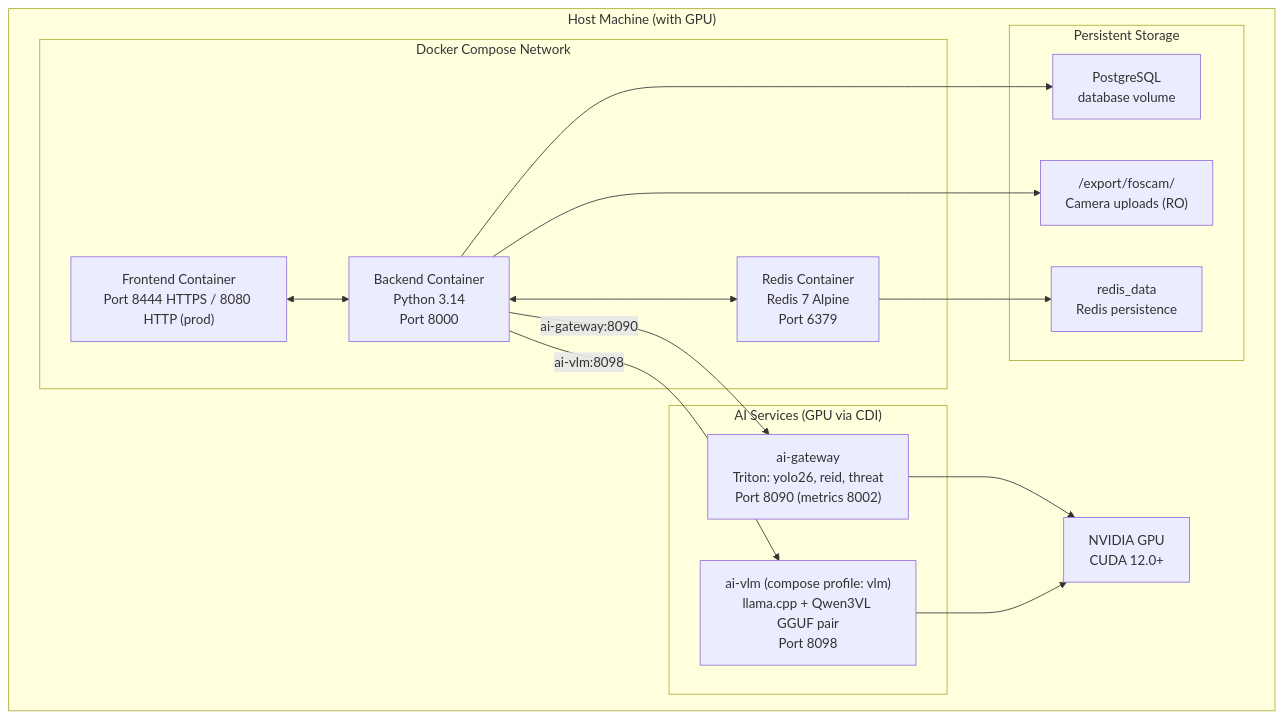
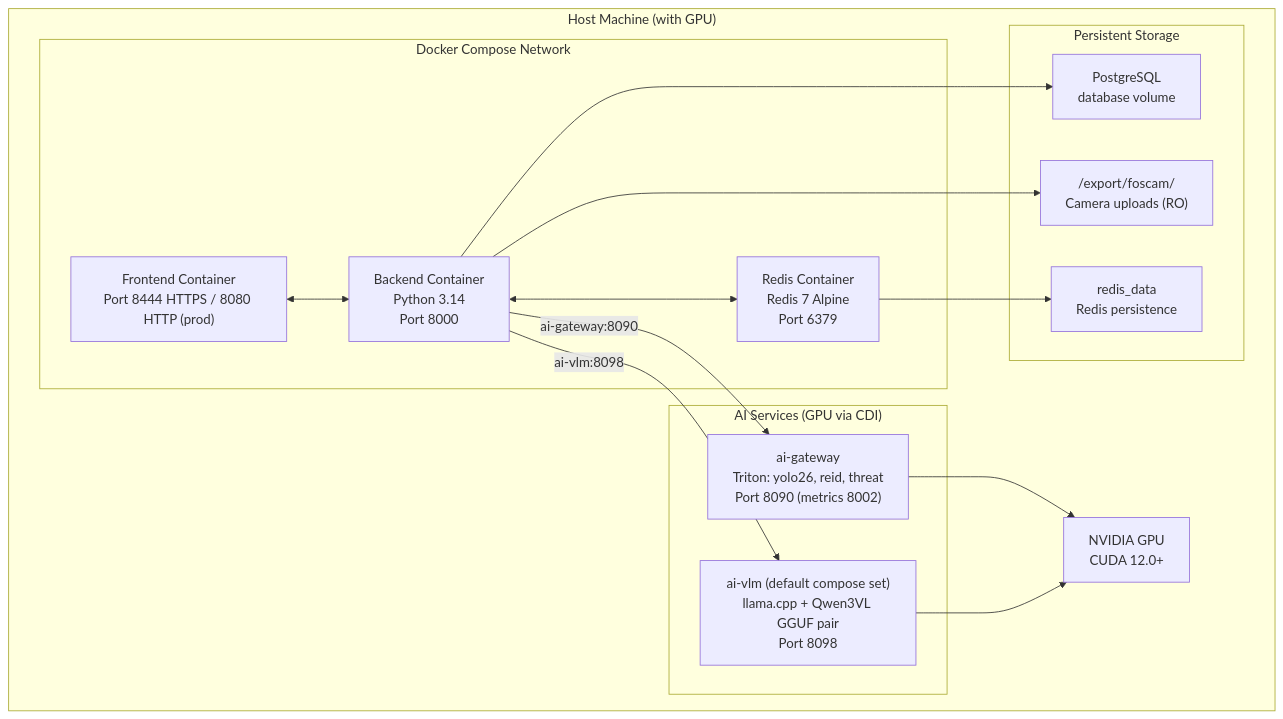
The second of 5 diagrams in docs/architecture/overview.md (mikesvoboda/nemotron-v3-home-security-intelligence), drawn with Mermaid before and after one commit. The commit also changed other lines of this file and 56 other files, not shown here.

````diff
--- a/docs/architecture/overview.md
+++ b/docs/architecture/overview.md
@@ -336,34 +336,34 @@
 ```mermaid
 flowchart TB
     subgraph Host["Host Machine (with GPU)"]
         subgraph Docker["Docker Compose Network"]
             FE["Frontend Container<br/>Port 8444 HTTPS / 8080 HTTP (prod)"]
             BE["Backend Container<br/>Python 3.14<br/>Port 8000"]
             RD["Redis Container<br/>Redis 7 Alpine<br/>Port 6379"]
         end
 
         subgraph GPUContainers["AI Services (GPU via CDI)"]
             GW["ai-gateway<br/>Triton: yolo26, reid, threat<br/>Port 8090 (metrics 8002)"]
-            VLM["ai-vlm (compose profile: vlm)<br/>llama.cpp + Qwen3VL GGUF pair<br/>Port 8098"]
+            VLM["ai-vlm (default compose set)<br/>llama.cpp + Qwen3VL GGUF pair<br/>Port 8098"]
         end
 
         subgraph Storage["Persistent Storage"]
             VOL1["PostgreSQL<br/>database volume"]
             VOL2["/export/foscam/<br/>Camera uploads (RO)"]
             VOL3["redis_data<br/>Redis persistence"]
         end
 
         GPU["NVIDIA GPU<br/>CUDA 12.0+"]
     end
 
     FE <--> BE
 
     BE <--> RD
     BE -->|ai-gateway:8090| GW
     BE -->|ai-vlm:8098| VLM
     GW --> GPU
     VLM --> GPU
     BE --> VOL1
     BE --> VOL2
     RD --> VOL3
 ```
````
